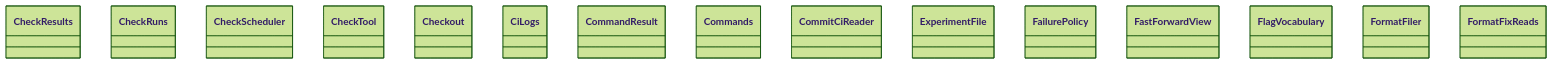
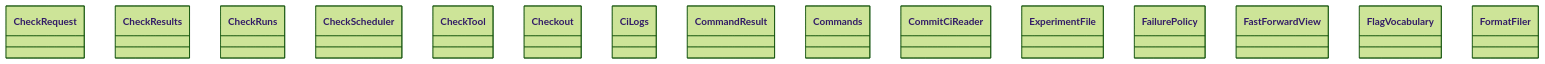
Before and after one commit to GonzaloZevallos/agentic-system: the diagram in docs/architecture/generated/classes-process-application-support-2.md, drawn with Mermaid (forest theme). The commit also changed 23 other files, not shown here.

````diff
--- a/docs/architecture/generated/classes-process-application-support-2.md
+++ b/docs/architecture/generated/classes-process-application-support-2.md
@@ -20,18 +20,18 @@
 ```mermaid
 classDiagram
+    class ports__CheckRequest["CheckRequest"]
     class ports__CheckResults["CheckResults"]
     class ports__CheckRuns["CheckRuns"]
     class ports__CheckScheduler["CheckScheduler"]
     class ports__CheckTool["CheckTool"]
     class ports__Checkout["Checkout"]
     class ports__CiLogs["CiLogs"]
     class ports__CommandResult["CommandResult"]
     class ports__Commands["Commands"]
     class ports__CommitCiReader["CommitCiReader"]
     class ports__ExperimentFile["ExperimentFile"]
     class ports__FailurePolicy["FailurePolicy"]
     class ports__FastForwardView["FastForwardView"]
     class ports__FlagVocabulary["FlagVocabulary"]
     class ports__FormatFiler["FormatFiler"]
-    class ports__FormatFixReads["FormatFixReads"]
 ```
````
